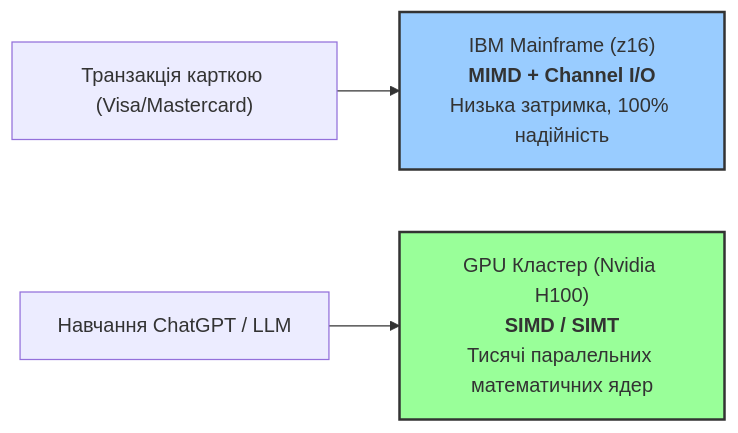
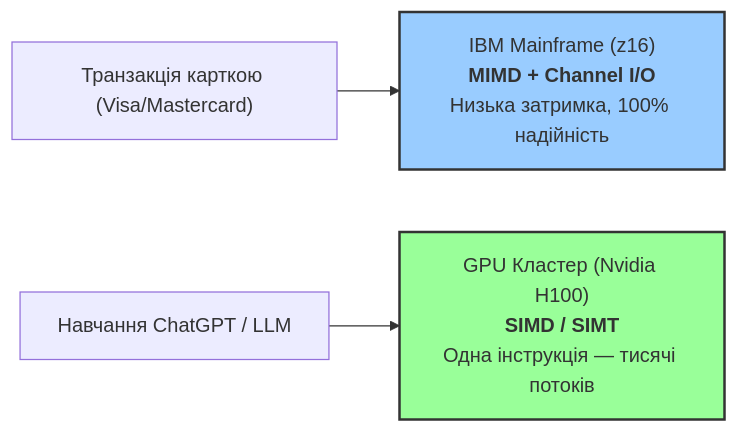
Before and after one commit to vplanto/cloud_grid: the second of 3 diagrams in docs/01_flynn_taxonomy.md, drawn with Mermaid. The commit also changed other lines of this file and 15 other files, not shown here.

````diff
--- a/docs/01_flynn_taxonomy.md
+++ b/docs/01_flynn_taxonomy.md
@@ -44,8 +101,8 @@
 ```mermaid
 graph LR
     Sub1["Транзакція карткою (Visa/Mastercard)"] --> Mainframe["IBM Mainframe (z16)<br><b>MIMD + Channel I/O</b><br>Низька затримка, 100% надійність"]
-    Sub2["Навчання ChatGPT / LLM"] --> GPU["GPU Кластер (Nvidia H100)<br><b>SIMD / SIMT</b><br>Тисячі паралельних математичних ядер"]
+    Sub2["Навчання ChatGPT / LLM"] --> GPU["GPU Кластер (Nvidia H100)<br><b>SIMD / SIMT</b><br>Одна інструкція — тисячі потоків"]
     
     style Mainframe fill:#99ccff,stroke:#333,stroke-width:2px
     style GPU fill:#99ff99,stroke:#333,stroke-width:2px
 ```
````
